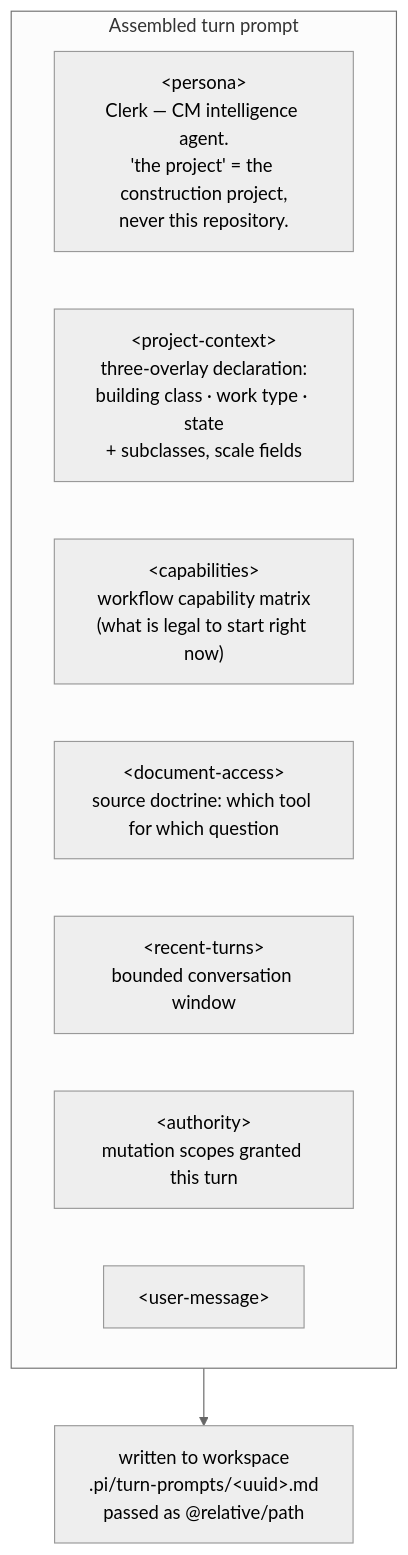
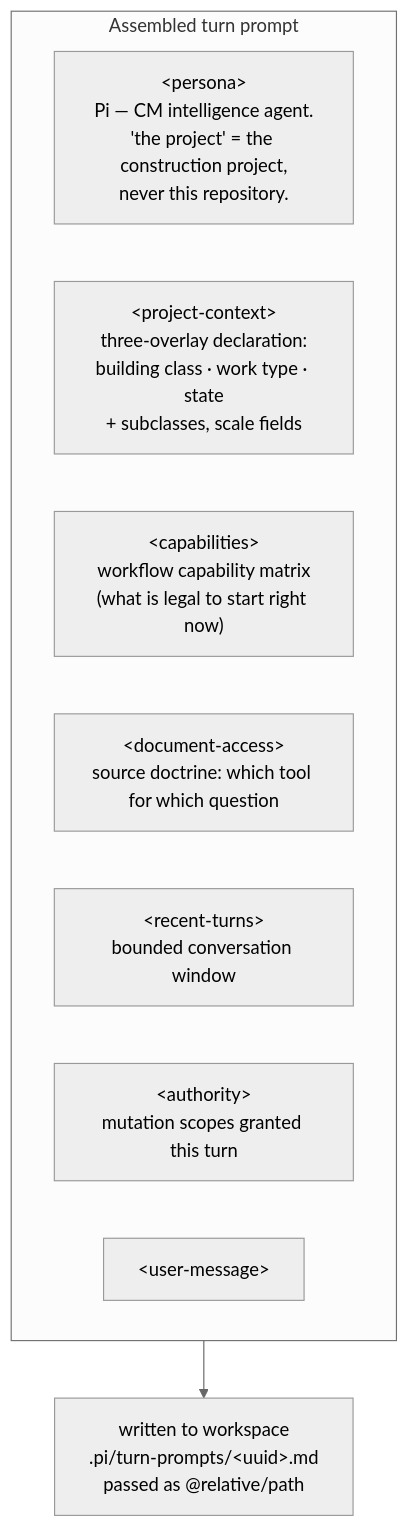
One commit to bennyclifton-svg/sitewise changed the sixth of 29 diagrams in docs/architecture.md. Above: the diagram before and after it, drawn with Mermaid (neutral theme). The commit also changed 40 other files, not shown here.

````diff
--- a/docs/architecture.md
+++ b/docs/architecture.md
@@ -287,13 +287,13 @@
 ```mermaid
 flowchart TB
     subgraph prompt["Assembled turn prompt"]
-        persona["&lt;persona&gt;<br/>Clerk — CM intelligence agent.<br/>'the project' = the construction project,<br/>never this repository."]
+        persona["&lt;persona&gt;<br/>Pi — CM intelligence agent.<br/>'the project' = the construction project,<br/>never this repository."]
         ctx["&lt;project-context&gt;<br/>three-overlay declaration:<br/>building class · work type · state<br/>+ subclasses, scale fields"]
         caps["&lt;capabilities&gt;<br/>workflow capability matrix<br/>(what is legal to start right now)"]
         doc["&lt;document-access&gt;<br/>source doctrine: which tool for which question"]
         hist["&lt;recent-turns&gt;<br/>bounded conversation window"]
         auth["&lt;authority&gt;<br/>mutation scopes granted this turn"]
         user["&lt;user-message&gt;"]
     end
     prompt --> file["written to workspace<br/>.pi/turn-prompts/&lt;uuid&gt;.md<br/>passed as @relative/path"]
 ```
````
